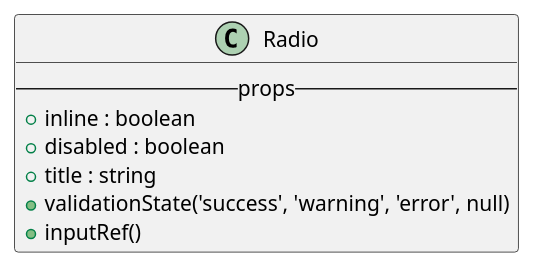
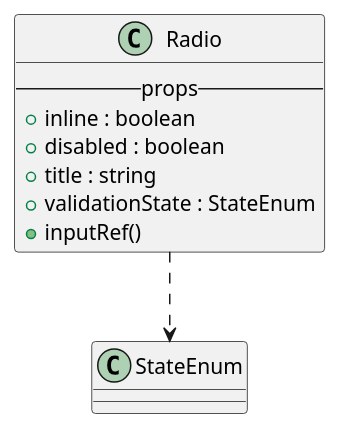
One commit to M9k/Marvin-Uml changed the diagram in react/bootstrap/radio.iuml. Above: the diagram before and after it, drawn with PlantUML. The commit also changed 3 other files, not shown here.

```diff
--- a/react/bootstrap/radio.iuml
+++ b/react/bootstrap/radio.iuml
@@ -1,9 +1,10 @@
 class Radio{
   --props--
       + inline : boolean
       + disabled : boolean
       + title : string
-      + validationState('success', 'warning', 'error', null)
+      + validationState : StateEnum
       + inputRef()
 }
+Radio ..> StateEnum
 /'Radio button'/
```
